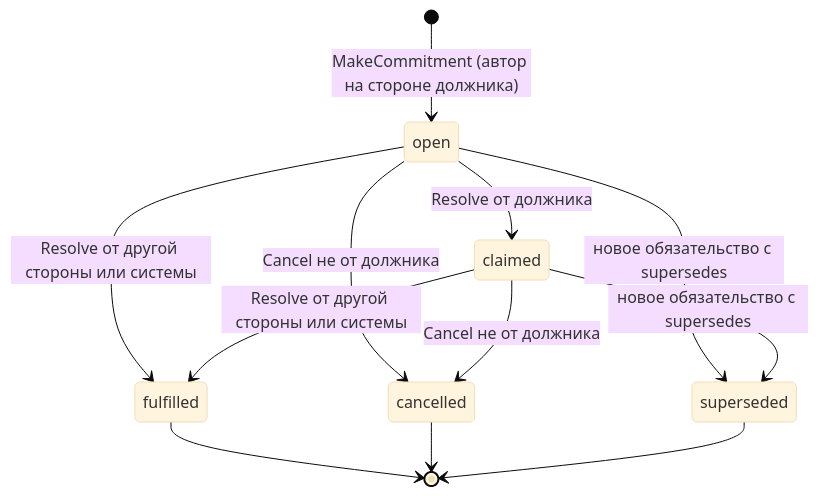
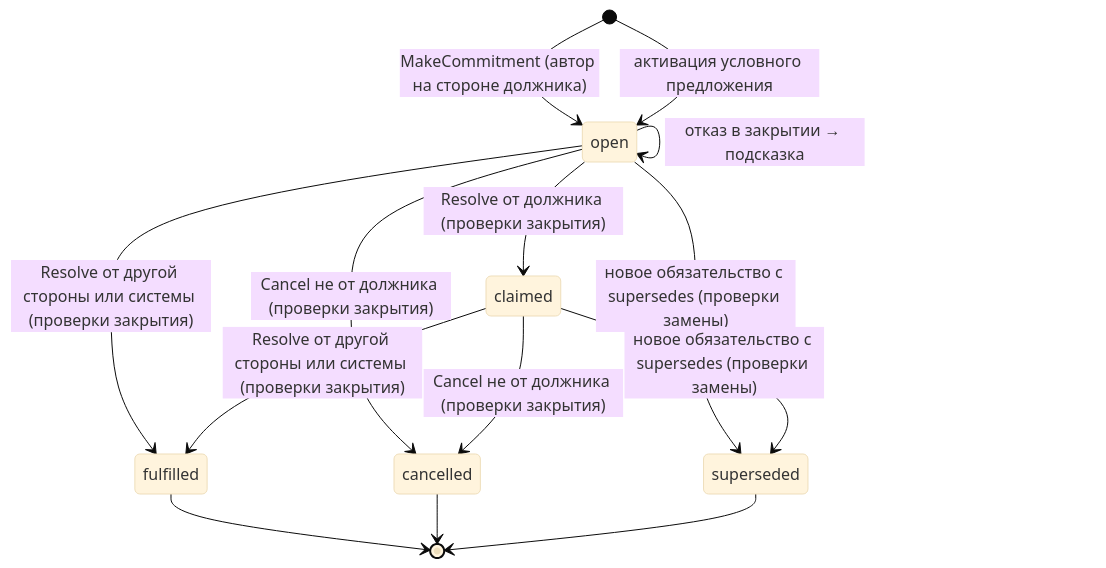
One commit to Jericho2k/duebook changed the first of 2 diagrams in docs/report/02-metod.md. Above: the diagram before and after it, drawn with Mermaid (base theme). The commit also changed other lines of this file, not shown here.

````diff
--- a/docs/report/02-metod.md
+++ b/docs/report/02-metod.md
@@ -471,14 +733,16 @@
 ```mermaid
 stateDiagram-v2
     [*] --> open: MakeCommitment (автор на стороне должника)
-    open --> claimed: Resolve от должника
-    open --> fulfilled: Resolve от другой стороны или системы
-    claimed --> fulfilled: Resolve от другой стороны или системы
-    open --> cancelled: Cancel не от должника
-    claimed --> cancelled: Cancel не от должника
-    open --> superseded: новое обязательство с supersedes
-    claimed --> superseded: новое обязательство с supersedes
+    [*] --> open: активация условного предложения
+    open --> claimed: Resolve от должника (проверки закрытия)
+    open --> fulfilled: Resolve от другой стороны или системы (проверки закрытия)
+    claimed --> fulfilled: Resolve от другой стороны или системы (проверки закрытия)
+    open --> cancelled: Cancel не от должника (проверки закрытия)
+    claimed --> cancelled: Cancel не от должника (проверки закрытия)
+    open --> superseded: новое обязательство с supersedes (проверки замены)
+    claimed --> superseded: новое обязательство с supersedes (проверки замены)
+    open --> open: отказ в закрытии → подсказка
     fulfilled --> [*]
     cancelled --> [*]
     superseded --> [*]
 ```
````
